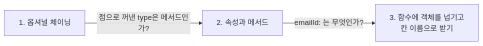
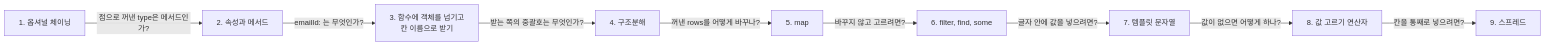
The second of 2 diagrams in 2026/November/11-07.md (ChildrenAon/TIL), drawn with Mermaid before and after one commit. The commit also changed other lines of this file and 3 other files, not shown here.

Commit message:
til: 2026-11-07 구조분해, map, filter·find·some, 템플릿 문자열, 값 고르기 연산자, 스프레드

````diff
--- a/2026/November/11-07.md
+++ b/2026/November/11-07.md
@@ -126,5 +132,11 @@
 ```mermaid
 flowchart LR
   A["1. 옵셔널 체이닝"] -->|"점으로 꺼낸 type은 메서드인가?"| B["2. 속성과 메서드"]
   B -->|"emailId: 는 무엇인가?"| C["3. 함수에 객체를 넘기고<br/>칸 이름으로 받기"]
+  C -->|"받는 쪽의 중괄호는 무엇인가?"| D["4. 구조분해"]
+  D -->|"꺼낸 rows를 어떻게 바꾸나?"| E["5. map"]
+  E -->|"바꾸지 않고 고르려면?"| F["6. filter, find, some"]
+  F -->|"글자 안에 값을 넣으려면?"| G["7. 템플릿 문자열"]
+  G -->|"값이 없으면 어떻게 하나?"| H["8. 값 고르기 연산자"]
+  H -->|"칸을 통째로 넣으려면?"| I["9. 스프레드"]
 ```
````
